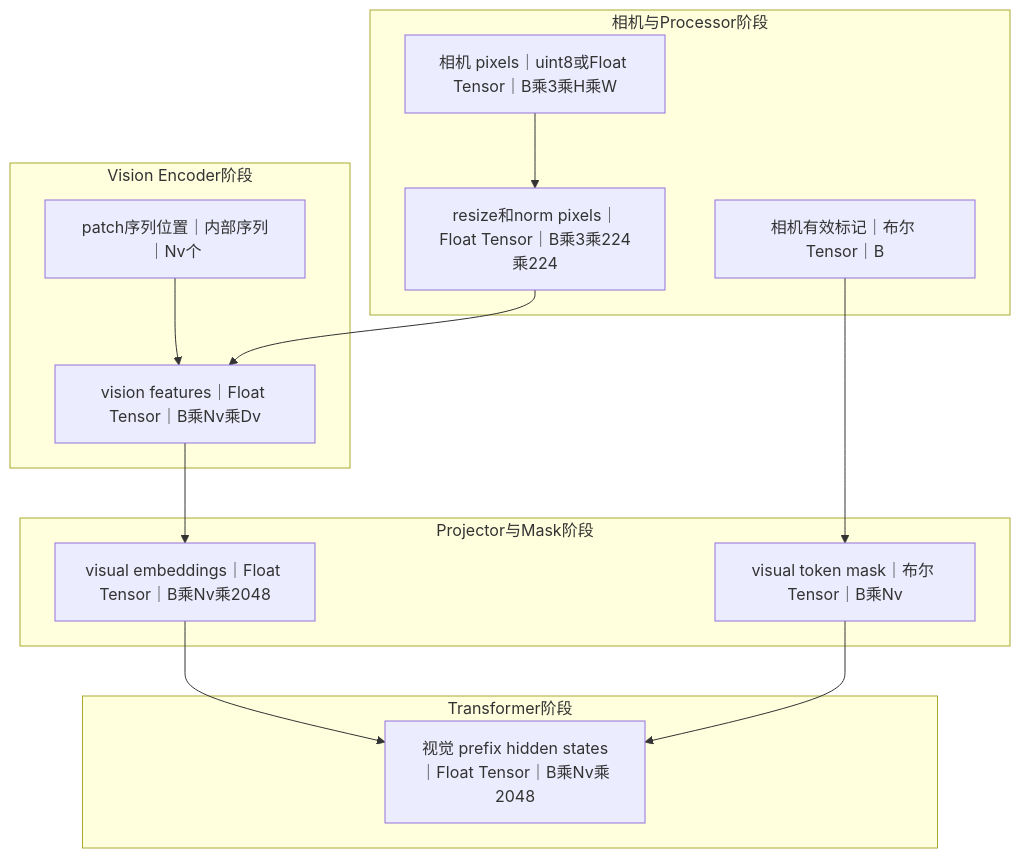
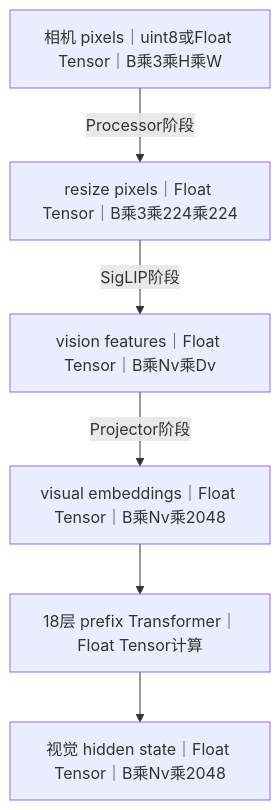
One commit to skkkkk0609/vla-advanced-algorithms changed the tenth of 58 diagrams in pi0/pi0-end-to-end-flowcharts.md. Above: the diagram before and after it, drawn with Mermaid. The commit also changed other lines of this file and 3 other files, not shown here.

````diff
--- a/pi0/pi0-end-to-end-flowcharts.md
+++ b/pi0/pi0-end-to-end-flowcharts.md
@@ -162,23 +189,9 @@
 ```mermaid
 flowchart TD
-    subgraph I1[相机与Processor阶段]
-        CAMERA[相机 pixels｜uint8或Float Tensor｜B乘3乘H乘W]
-        RPIX[resize和norm pixels｜Float Tensor｜B乘3乘224乘224]
-        CAMMASK[相机有效标记｜布尔 Tensor｜B]
-    end
-    subgraph I2[Vision Encoder阶段]
-        PATCHPOS[patch序列位置｜内部序列｜Nv个]
-        VFEAT[vision features｜Float Tensor｜B乘Nv乘Dv]
-    end
-    subgraph I3[Projector与Mask阶段]
-        VEMB[visual embeddings｜Float Tensor｜B乘Nv乘2048]
-        VMASK[visual token mask｜布尔 Tensor｜B乘Nv]
-    end
-    subgraph I4[Transformer阶段]
-        VHID[视觉 prefix hidden states｜Float Tensor｜B乘Nv乘2048]
-    end
-
-    CAMERA --> RPIX --> VFEAT
-    PATCHPOS --> VFEAT --> VEMB --> VHID
-    CAMMASK --> VMASK --> VHID
+    P[相机 pixels｜uint8或Float Tensor｜B乘3乘H乘W]
+    P -- Processor阶段 --> R[resize pixels｜Float Tensor｜B乘3乘224乘224]
+    R -- SigLIP阶段 --> F[vision features｜Float Tensor｜B乘Nv乘Dv]
+    F -- Projector阶段 --> E[visual embeddings｜Float Tensor｜B乘Nv乘2048]
+    E --> J[18层 prefix Transformer｜Float Tensor计算]
+    J --> H[视觉 hidden state｜Float Tensor｜B乘Nv乘2048]
 ```
````
